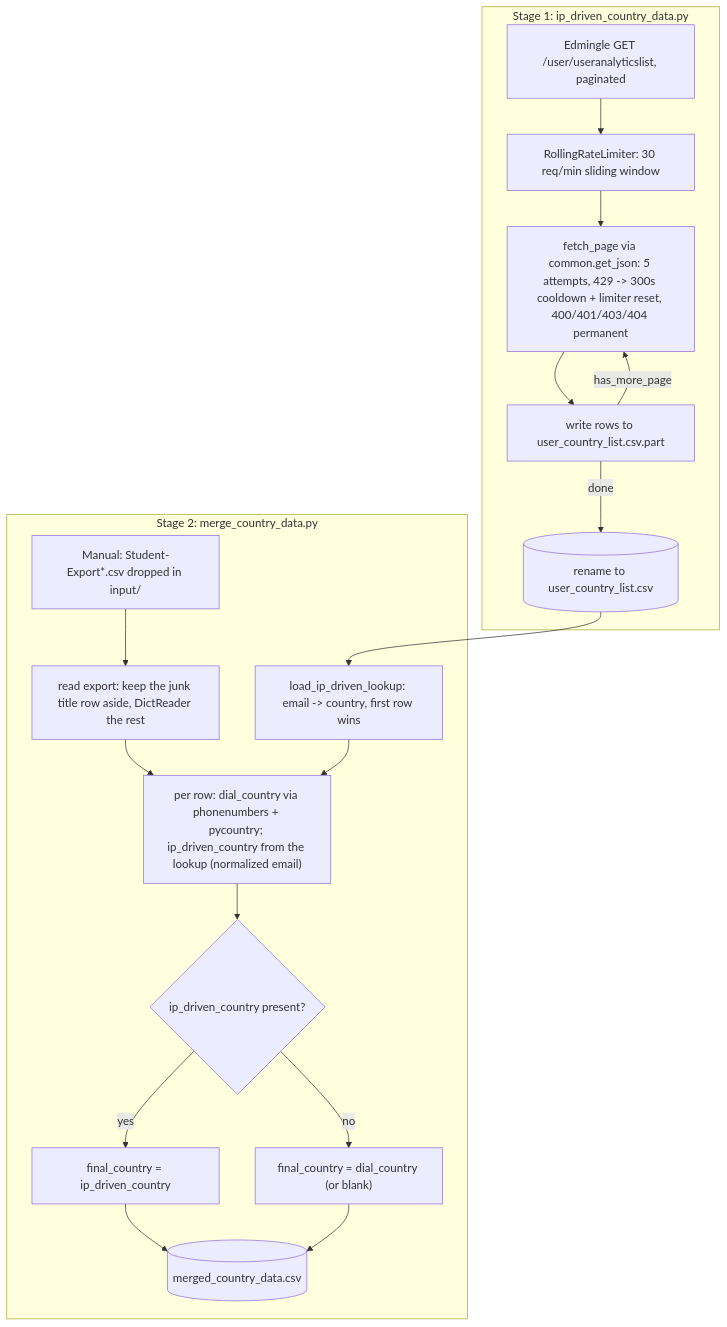
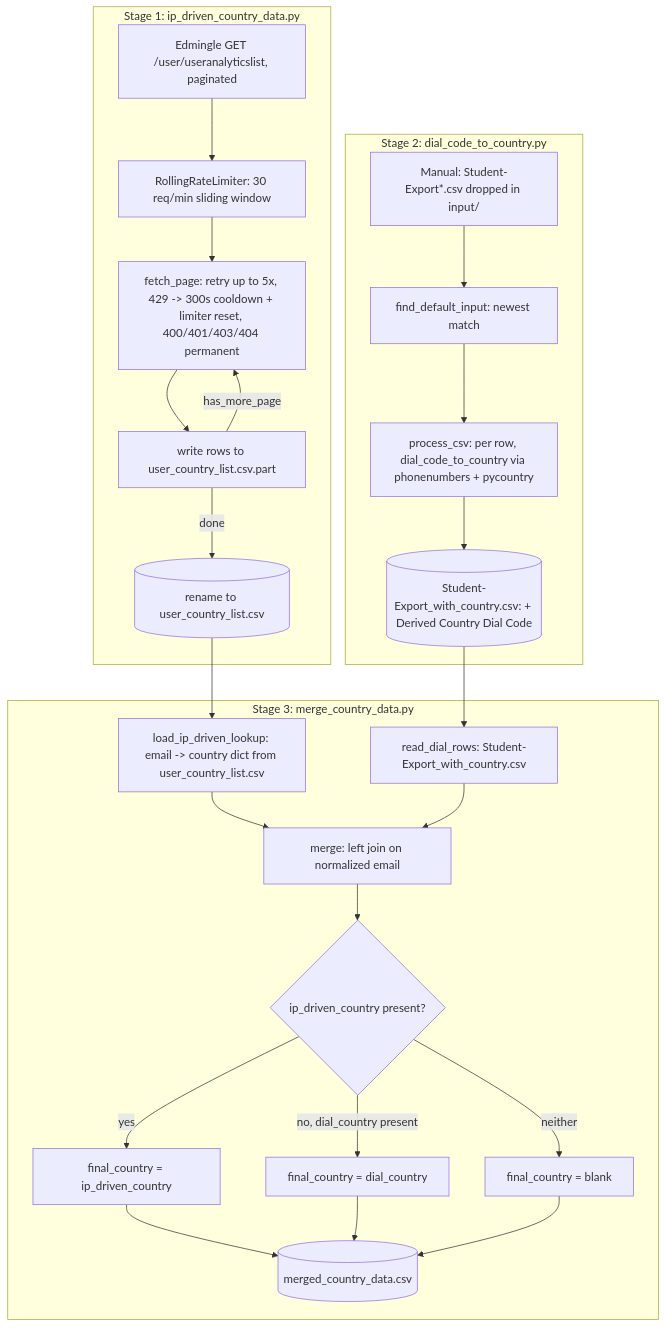
The diagram in country_wise_data/COUNTRY_WISE_DATA.md (shubhamvyoma-oss/ela_datasets), drawn with Mermaid before and after one commit. The commit also changed other lines of this file and 5 other files, not shown here.

````diff
--- a/country_wise_data/COUNTRY_WISE_DATA.md
+++ b/country_wise_data/COUNTRY_WISE_DATA.md
@@ -16,21 +15,28 @@
 ```mermaid
 flowchart TD
     subgraph Stage1["Stage 1: ip_driven_country_data.py"]
         A1[Edmingle GET /user/useranalyticslist, paginated] --> A2[RollingRateLimiter: 30 req/min sliding window]
-        A2 --> A3["fetch_page via common.get_json: 5 attempts, 429 -> 300s cooldown + limiter reset, 400/401/403/404 permanent"]
+        A2 --> A3[fetch_page: retry up to 5x, 429 -> 300s cooldown + limiter reset, 400/401/403/404 permanent]
         A3 --> A4[write rows to user_country_list.csv.part]
         A4 -->|has_more_page| A3
         A4 -->|done| A5[(rename to user_country_list.csv)]
     end
-    subgraph Stage2["Stage 2: merge_country_data.py"]
-        B1[Manual: Student-Export*.csv dropped in input/] --> B2[read export: keep the junk title row aside, DictReader the rest]
-        A5 --> B3[load_ip_driven_lookup: email -> country, first row wins]
-        B2 --> B4["per row: dial_country via phonenumbers + pycountry; ip_driven_country from the lookup (normalized email)"]
-        B3 --> B4
-        B4 --> B5{ip_driven_country present?}
-        B5 -->|yes| B6[final_country = ip_driven_country]
-        B5 -->|no| B7["final_country = dial_country (or blank)"]
-        B6 --> B8[(merged_country_data.csv)]
-        B7 --> B8
+    subgraph Stage2["Stage 2: dial_code_to_country.py"]
+        B1[Manual: Student-Export*.csv dropped in input/] --> B2[find_default_input: newest match]
+        B2 --> B3[process_csv: per row, dial_code_to_country via phonenumbers + pycountry]
+        B3 --> B4[(Student-Export_with_country.csv: + Derived Country Dial Code)]
     end
+    subgraph Stage3["Stage 3: merge_country_data.py"]
+        C1[load_ip_driven_lookup: email -> country dict from user_country_list.csv] --> C3
+        B4 --> C2[read_dial_rows: Student-Export_with_country.csv]
+        C2 --> C3[merge: left join on normalized email]
+        C3 --> C4{ip_driven_country present?}
+        C4 -->|yes| C5[final_country = ip_driven_country]
+        C4 -->|no, dial_country present| C6[final_country = dial_country]
+        C4 -->|neither| C7[final_country = blank]
+        C5 --> C8[(merged_country_data.csv)]
+        C6 --> C8
+        C7 --> C8
+    end
+    A5 --> C1
 ```
````
